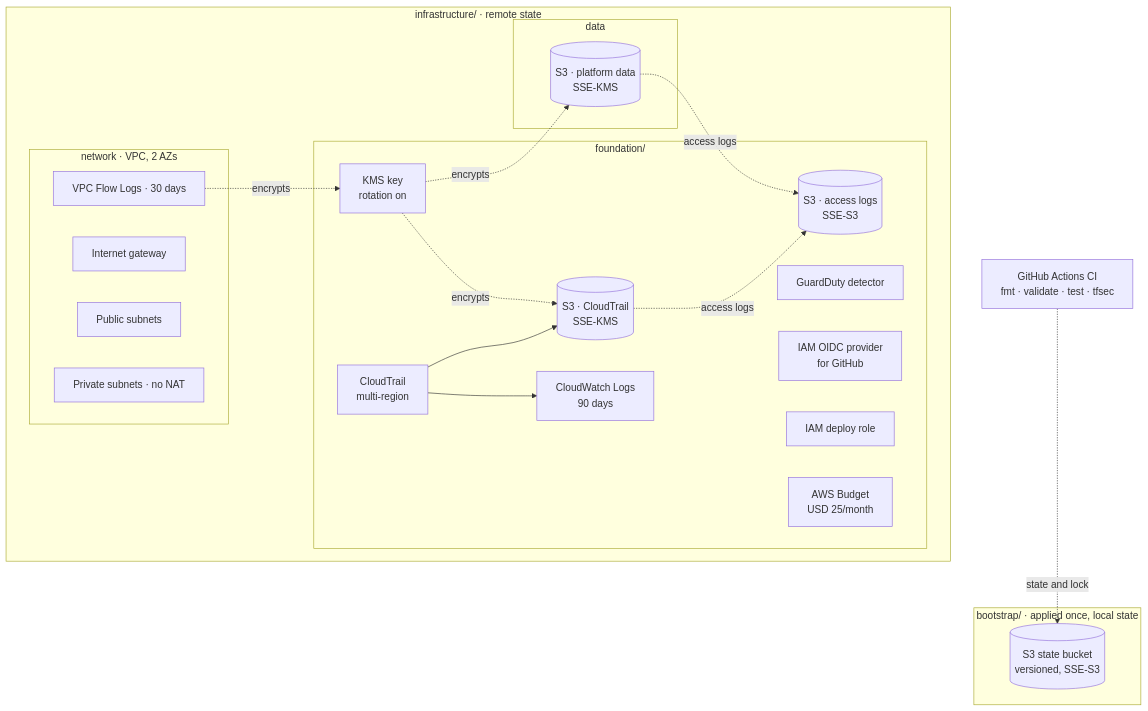
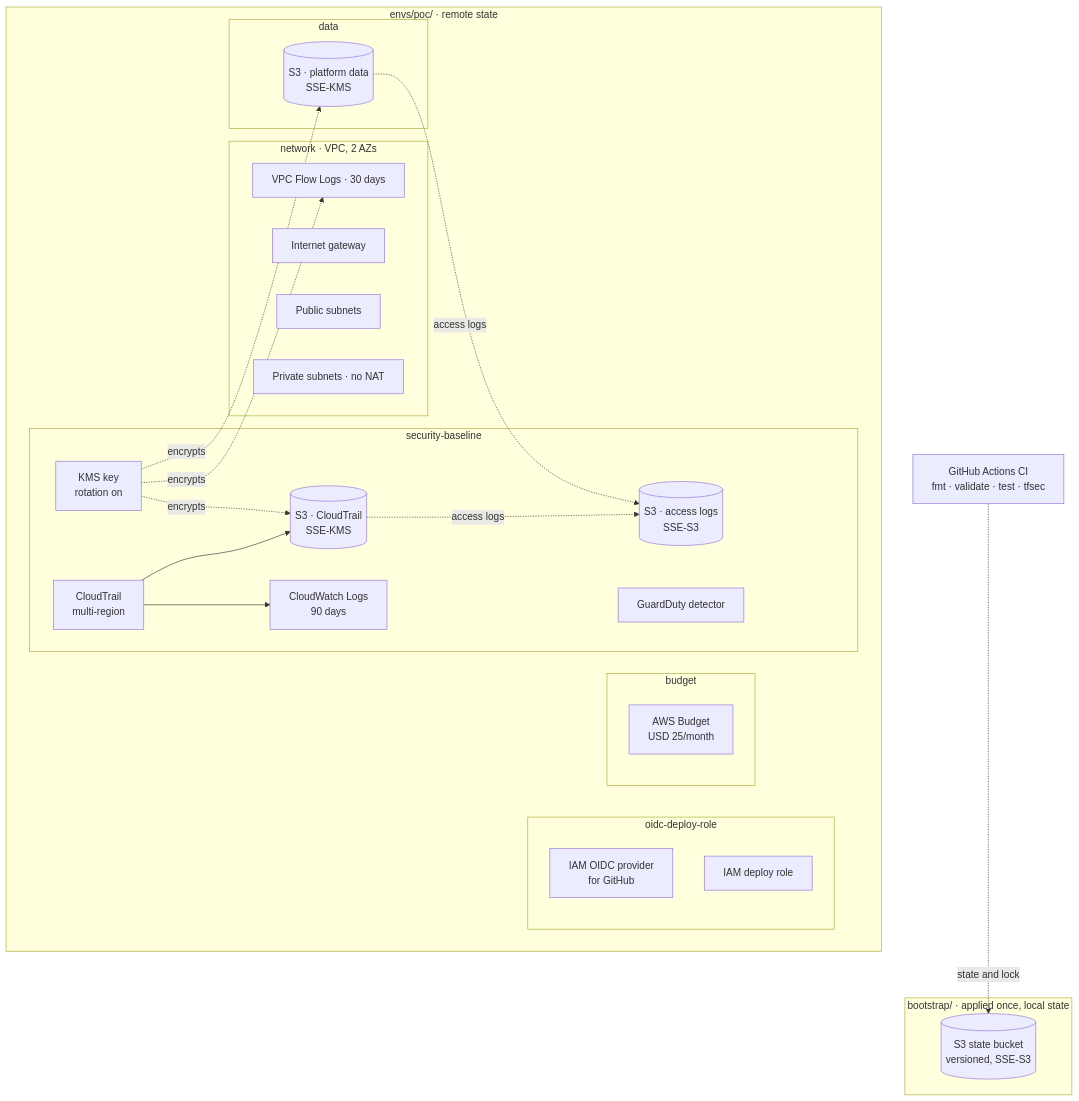
Before and after one commit to G-0Z/IFB398---Cobble-AWS---T235: the diagram in README.md, drawn with Mermaid. The commit also changed other lines of this file and 60 other files, not shown here.

````diff
--- a/README.md
+++ b/README.md
@@ -17,42 +31,48 @@
 ```mermaid
 flowchart TB
     subgraph L0["bootstrap/ · applied once, local state"]
         S3STATE[("S3 state bucket<br/>versioned, SSE-S3")]
     end
 
-    subgraph L1["infrastructure/ · remote state"]
-        subgraph FOUNDATION["foundation/"]
+    subgraph L1["envs/poc/ · remote state"]
+        subgraph SECURITY["security-baseline"]
             KMS["KMS key<br/>rotation on"]
             TRAIL["CloudTrail<br/>multi-region"]
             TRAILBUCKET[("S3 · CloudTrail<br/>SSE-KMS")]
             TRAILLOGS["CloudWatch Logs<br/>90 days"]
             ACCESSBUCKET[("S3 · access logs<br/>SSE-S3")]
             GUARDDUTY["GuardDuty detector"]
+        end
+
+        subgraph IDENTITY["oidc-deploy-role"]
             OIDCPROVIDER["IAM OIDC provider<br/>for GitHub"]
             DEPLOYROLE["IAM deploy role"]
+        end
+
+        subgraph COST["budget"]
             BUDGET["AWS Budget<br/>USD 25/month"]
         end
 
         subgraph NETWORK["network · VPC, 2 AZs"]
             IGW["Internet gateway"]
             PUBSUB["Public subnets"]
             PRIVSUB["Private subnets · no NAT"]
             FLOWLOGS["VPC Flow Logs · 30 days"]
         end
 
         subgraph DATA["data"]
             DATABUCKET[("S3 · platform data<br/>SSE-KMS")]
         end
     end
 
     GH["GitHub Actions CI<br/>fmt · validate · test · tfsec"]
 
     GH -. state and lock .-> S3STATE
     TRAIL --> TRAILBUCKET
     TRAIL --> TRAILLOGS
     KMS -. encrypts .-> TRAILBUCKET
     KMS -. encrypts .-> DATABUCKET
+    KMS -. encrypts .-> FLOWLOGS
     TRAILBUCKET -. access logs .-> ACCESSBUCKET
     DATABUCKET -. access logs .-> ACCESSBUCKET
-    FLOWLOGS -. encrypts .-> KMS
 ```
````
